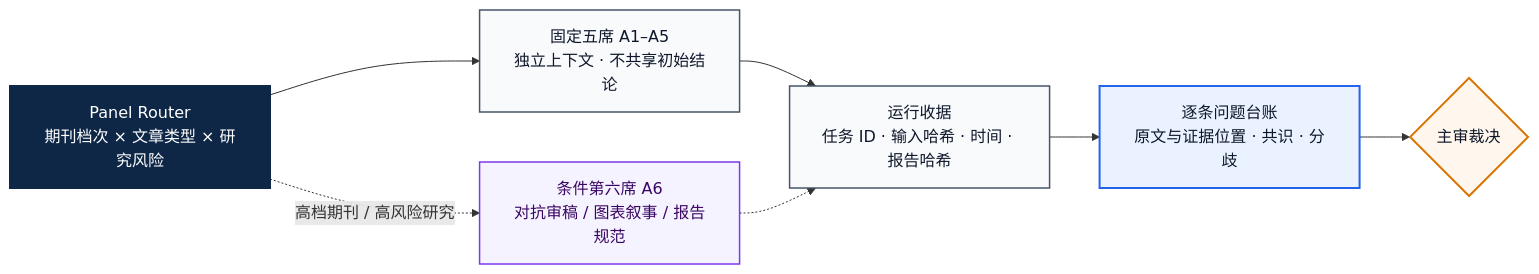
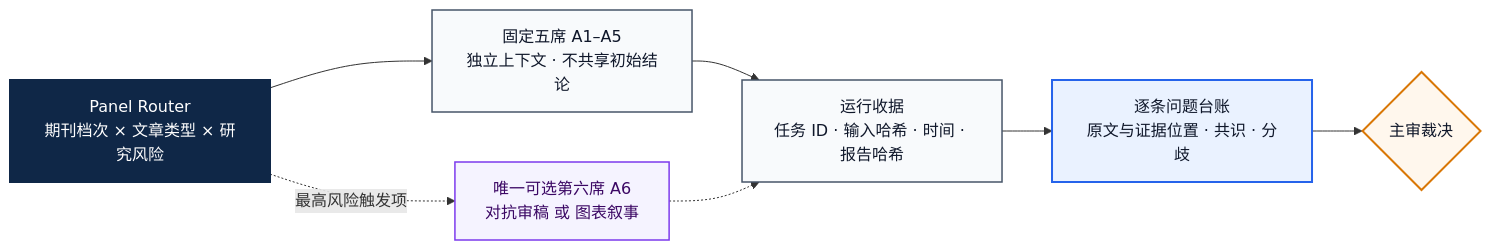
Before and after one commit to Jameslxr/manuscript-review-revision-skill: the second of 2 diagrams in docs/ARCHITECTURE.md, drawn with Mermaid. The commit also changed other lines of this file and 75 other files, not shown here.

````diff
--- a/docs/ARCHITECTURE.md
+++ b/docs/ARCHITECTURE.md
@@ -61,25 +61,25 @@
 ```mermaid
 flowchart LR
     ROUTER["Panel Router<br/>期刊档次 × 文章类型 × 研究风险"]
     CORE["固定五席 A1–A5<br/>独立上下文 · 不共享初始结论"]
-    A6["条件第六席 A6<br/>对抗审稿 / 图表叙事 / 报告规范"]
+    A6["唯一可选第六席 A6<br/>对抗审稿 或 图表叙事"]
     RECEIPT["运行收据<br/>任务 ID · 输入哈希 · 时间 · 报告哈希"]
     MATRIX["逐条问题台账<br/>原文与证据位置 · 共识 · 分歧"]
     VERDICT{"主审裁决"}
 
     ROUTER --> CORE --> RECEIPT --> MATRIX --> VERDICT
-    ROUTER -. "高档期刊 / 高风险研究" .-> A6
+    ROUTER -. "最高风险触发项" .-> A6
     A6 -.-> RECEIPT
 
     classDef router fill:#0F2747,stroke:#0F2747,stroke-width:2px,color:#FFFFFF;
     classDef agent fill:#F8FAFC,stroke:#475569,stroke-width:1.5px,color:#0F172A;
     classDef conditional fill:#F5F3FF,stroke:#7C3AED,stroke-width:1.5px,color:#3B0764;
     classDef synthesis fill:#EAF2FF,stroke:#2563EB,stroke-width:2px,color:#0F172A;
     classDef gate fill:#FFF7ED,stroke:#D97706,stroke-width:2px,color:#0F172A;
 
     class ROUTER router;
     class CORE,RECEIPT agent;
     class A6 conditional;
     class MATRIX synthesis;
     class VERDICT gate;
 ```
````
